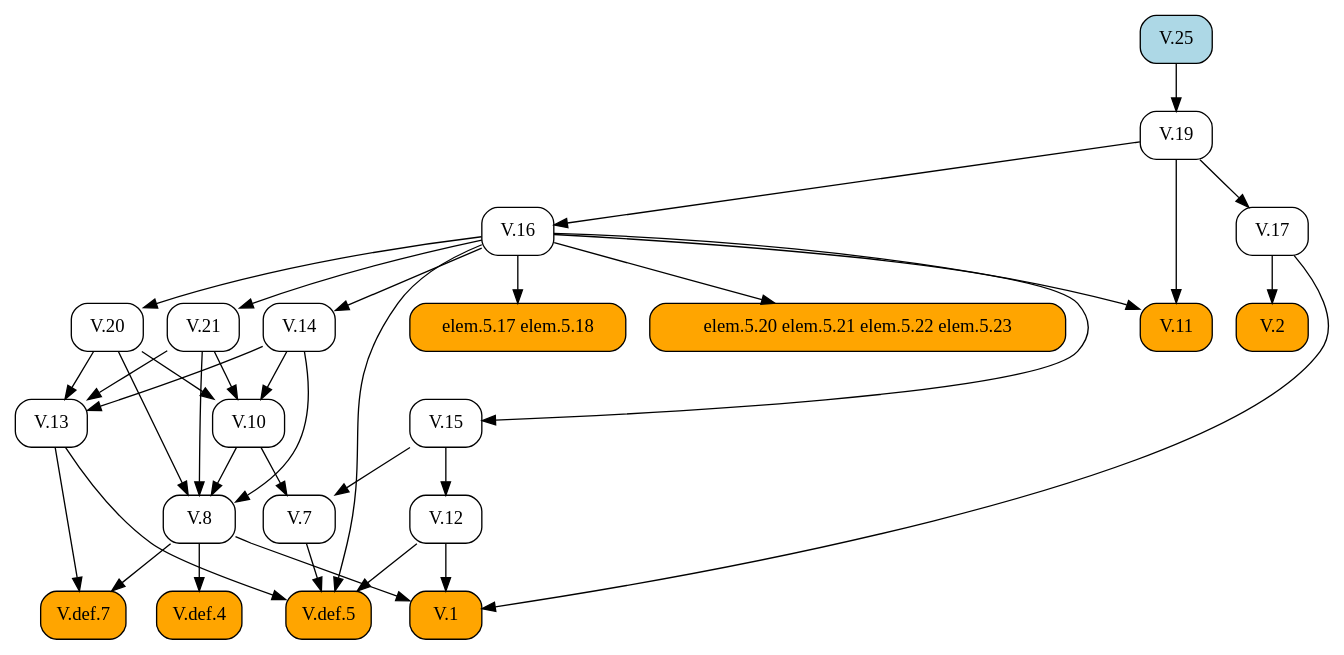
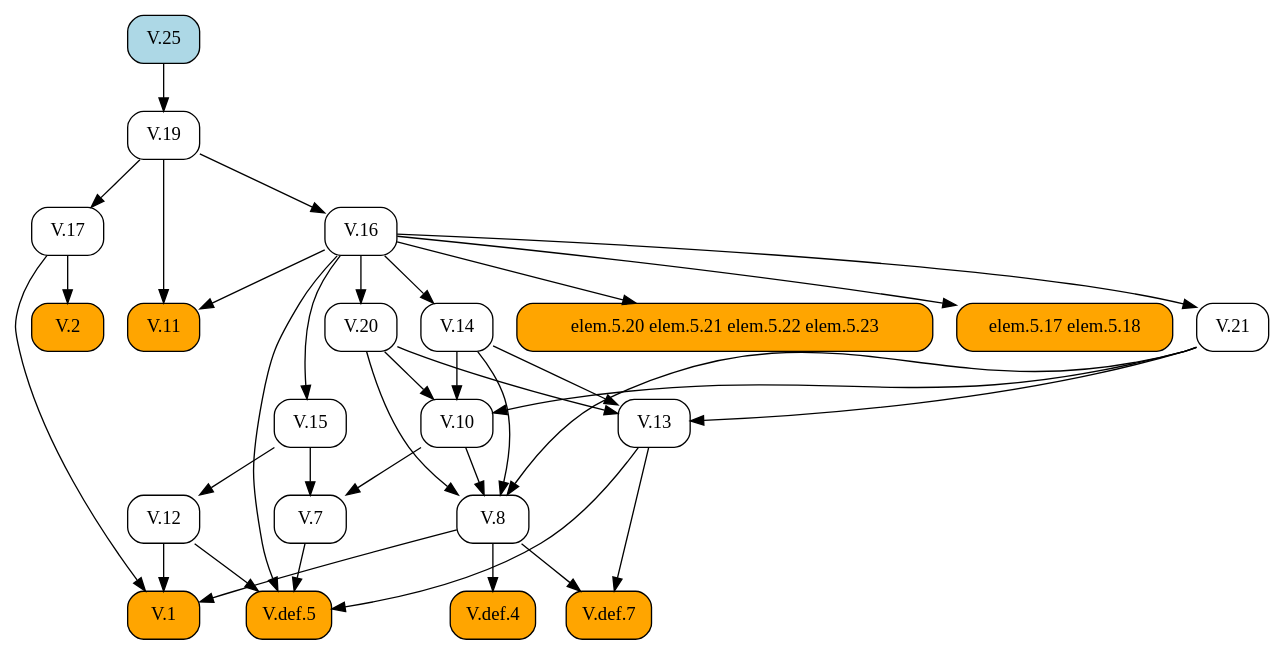
Before and after one commit to geometor/elements: the diagram in docsrc/heath/V/25/index.rst, drawn with Graphviz. The commit also changed other lines of this file and 1029 other files, not shown here.

```diff
--- a/docsrc/heath/V/25/index.rst
+++ b/docsrc/heath/V/25/index.rst
@@ -64,62 +64,62 @@
 .. graphviz::
 
    digraph {
      rankdir="TB";
      node [shape=box, style=rounded];
+     "V.8" [URL="/heath/V/8/", target="_top"];
+     "V.19" [URL="/heath/V/19/", target="_top"];
+     "V.14" [URL="/heath/V/14/", target="_top"];
+     "V.def.5" [style="rounded,filled", fillcolor=orange, URL="/heath/V/def.5/", target="_top"];
+     "V.12" [URL="/heath/V/12/", target="_top"];
+     "V.17" [URL="/heath/V/17/", target="_top"];
+     "V.10" [URL="/heath/V/10/", target="_top"];
+     "V.13" [URL="/heath/V/13/", target="_top"];
+     "V.20" [URL="/heath/V/20/", target="_top"];
+     "V.11" [style="rounded,filled", fillcolor=orange, URL="/heath/V/11/", target="_top"];
      "V.1" [style="rounded,filled", fillcolor=orange, URL="/heath/V/1/", target="_top"];
-     "V.10" [URL="/heath/V/10/", target="_top"];
+     "elem.5.20 elem.5.21 elem.5.22 elem.5.23" [style="rounded,filled", fillcolor=orange];
+     "elem.5.17 elem.5.18" [style="rounded,filled", fillcolor=orange];
+     "V.15" [URL="/heath/V/15/", target="_top"];
+     "V.7" [URL="/heath/V/7/", target="_top"];
+     "V.25" [style="rounded,filled", fillcolor=lightblue, URL="/heath/V/25/", target="_top"];
+     "V.def.4" [style="rounded,filled", fillcolor=orange, URL="/heath/V/def.4/", target="_top"];
      "V.16" [URL="/heath/V/16/", target="_top"];
-     "V.15" [URL="/heath/V/15/", target="_top"];
-     "V.20" [URL="/heath/V/20/", target="_top"];
-     "V.25" [style="rounded,filled", fillcolor=lightblue, URL="/heath/V/25/", target="_top"];
      "V.2" [style="rounded,filled", fillcolor=orange, URL="/heath/V/2/", target="_top"];
-     "V.def.4" [style="rounded,filled", fillcolor=orange, URL="/heath/V/def.4/", target="_top"];
+     "V.def.7" [style="rounded,filled", fillcolor=orange, URL="/heath/V/def.7/", target="_top"];
      "V.21" [URL="/heath/V/21/", target="_top"];
-     "V.11" [style="rounded,filled", fillcolor=orange, URL="/heath/V/11/", target="_top"];
-     "V.8" [URL="/heath/V/8/", target="_top"];
-     "V.7" [URL="/heath/V/7/", target="_top"];
-     "V.13" [URL="/heath/V/13/", target="_top"];
-     "elem.5.17 elem.5.18" [style="rounded,filled", fillcolor=orange];
-     "V.19" [URL="/heath/V/19/", target="_top"];
-     "V.17" [URL="/heath/V/17/", target="_top"];
-     "V.12" [URL="/heath/V/12/", target="_top"];
-     "V.def.7" [style="rounded,filled", fillcolor=orange, URL="/heath/V/def.7/", target="_top"];
-     "elem.5.20 elem.5.21 elem.5.22 elem.5.23" [style="rounded,filled", fillcolor=orange];
-     "V.def.5" [style="rounded,filled", fillcolor=orange, URL="/heath/V/def.5/", target="_top"];
-     "V.14" [URL="/heath/V/14/", target="_top"];
-     "V.8" -> "V.1";
-     "V.12" -> "V.1";
-     "V.17" -> "V.1";
-     "V.14" -> "V.10";
-     "V.20" -> "V.10";
-     "V.21" -> "V.10";
-     "V.19" -> "V.16";
-     "V.16" -> "V.15";
-     "V.16" -> "V.20";
-     "V.17" -> "V.2";
-     "V.8" -> "V.def.4";
-     "V.16" -> "V.21";
-     "V.16" -> "V.11";
-     "V.19" -> "V.11";
      "V.10" -> "V.8";
      "V.14" -> "V.8";
      "V.20" -> "V.8";
      "V.21" -> "V.8";
-     "V.10" -> "V.7";
-     "V.15" -> "V.7";
-     "V.14" -> "V.13";
-     "V.20" -> "V.13";
-     "V.21" -> "V.13";
-     "V.16" -> "elem.5.17 elem.5.18";
      "V.25" -> "V.19";
-     "V.19" -> "V.17";
-     "V.15" -> "V.12";
-     "V.8" -> "V.def.7";
-     "V.13" -> "V.def.7";
-     "V.16" -> "elem.5.20 elem.5.21 elem.5.22 elem.5.23";
+     "V.16" -> "V.14";
      "V.7" -> "V.def.5";
      "V.12" -> "V.def.5";
      "V.13" -> "V.def.5";
      "V.16" -> "V.def.5";
-     "V.16" -> "V.14";
+     "V.15" -> "V.12";
+     "V.19" -> "V.17";
+     "V.14" -> "V.10";
+     "V.20" -> "V.10";
+     "V.21" -> "V.10";
+     "V.14" -> "V.13";
+     "V.20" -> "V.13";
+     "V.21" -> "V.13";
+     "V.16" -> "V.20";
+     "V.16" -> "V.11";
+     "V.19" -> "V.11";
+     "V.8" -> "V.1";
+     "V.12" -> "V.1";
+     "V.17" -> "V.1";
+     "V.16" -> "elem.5.20 elem.5.21 elem.5.22 elem.5.23";
+     "V.16" -> "elem.5.17 elem.5.18";
+     "V.16" -> "V.15";
+     "V.10" -> "V.7";
+     "V.15" -> "V.7";
+     "V.8" -> "V.def.4";
+     "V.19" -> "V.16";
+     "V.17" -> "V.2";
+     "V.8" -> "V.def.7";
+     "V.13" -> "V.def.7";
+     "V.16" -> "V.21";
    }
```
